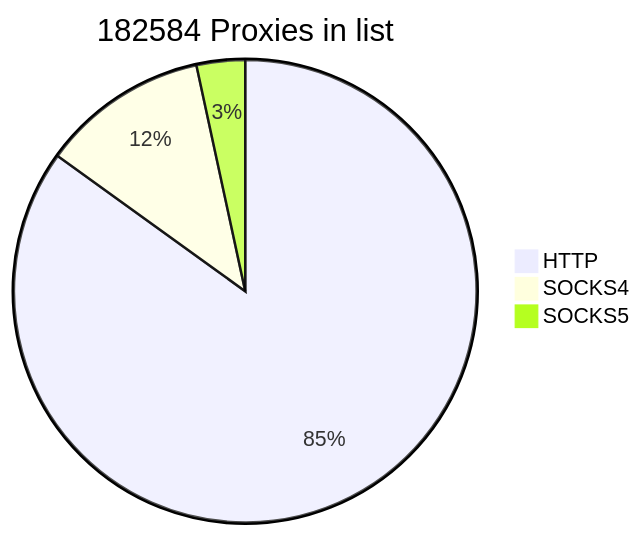
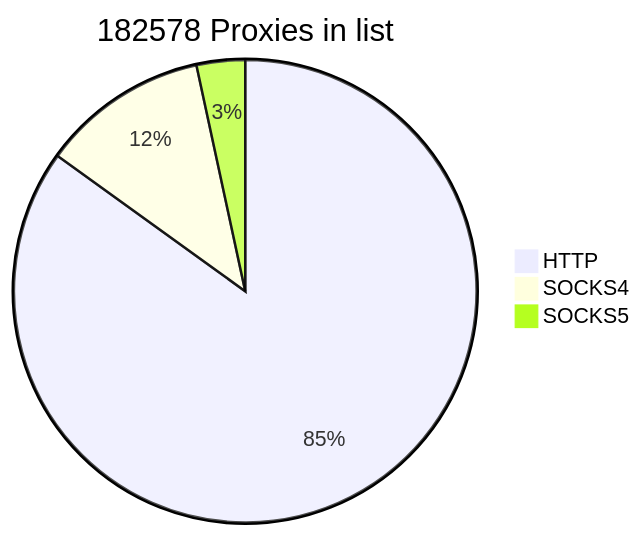
Before and after one commit to cutipu/proxylist: the first of 2 diagrams in README.md, drawn with Mermaid. The commit also changed other lines of this file, not shown here.

````diff
--- a/README.md
+++ b/README.md
@@ -2,7 +2,7 @@
 ```mermaid
-pie title 182584 Proxies in list
+pie title 182578 Proxies in list
     "HTTP" : 155095
-    "SOCKS4" : 21303
-    "SOCKS5" : 6186
+    "SOCKS4" : 21302
+    "SOCKS5" : 6181
             
 ```
````
